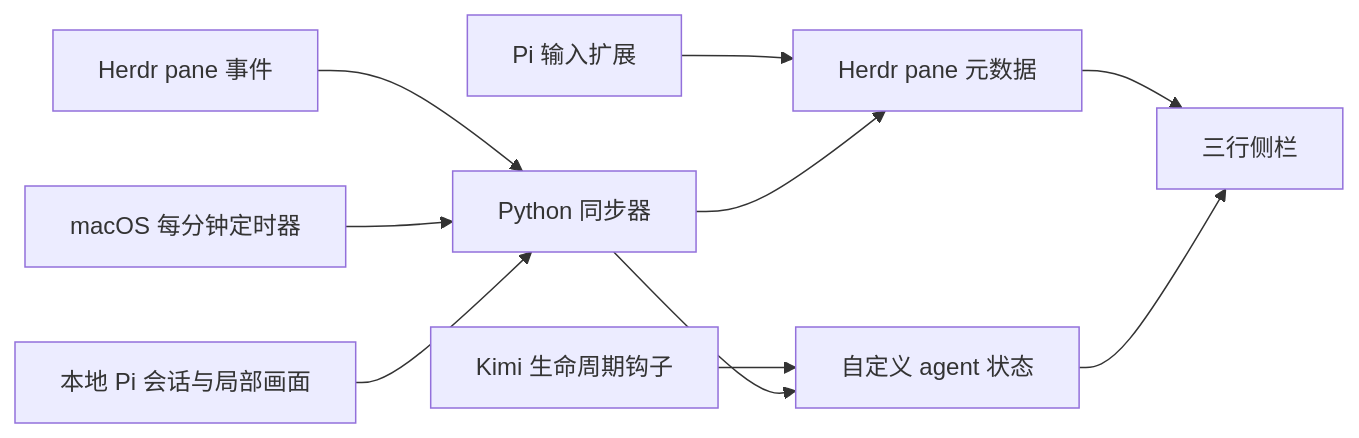
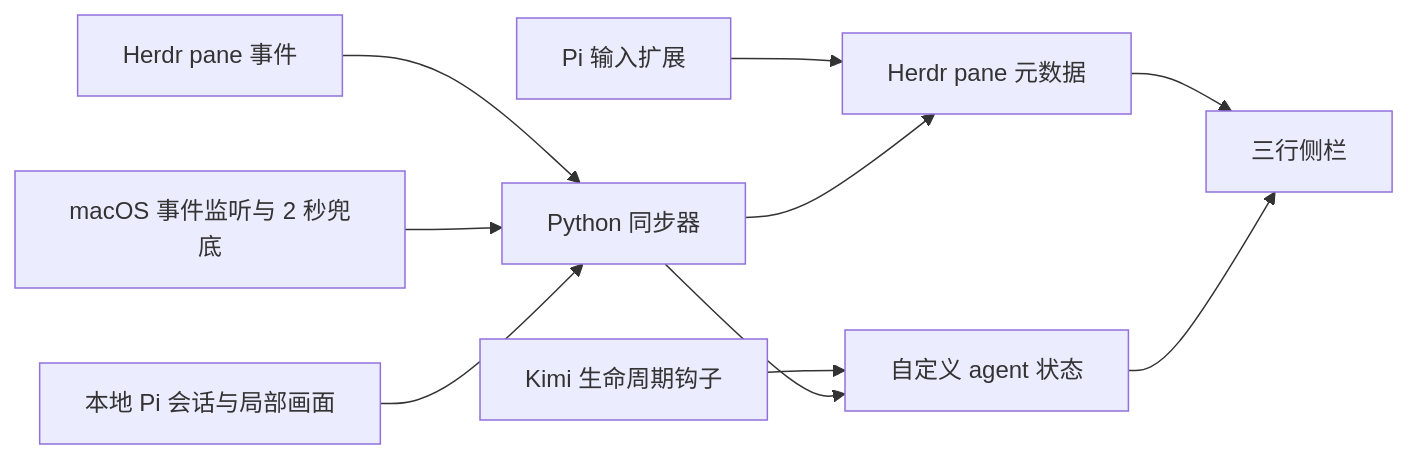
Before and after one commit to APhysickui/herdr-agent-sidebar: the diagram in docs/architecture.md, drawn with Mermaid. The commit also changed other lines of this file and 16 other files, not shown here.

````diff
--- a/docs/architecture.md
+++ b/docs/architecture.md
@@ -3,12 +3,12 @@
 ```mermaid
 flowchart LR
   E[Herdr pane 事件] --> S[Python 同步器]
-  T[macOS 每分钟定时器] --> S
+  T[macOS 事件监听与 2 秒兜底] --> S
   P[Pi 输入扩展] --> M[Herdr pane 元数据]
   L[本地 Pi 会话与局部画面] --> S
   S --> M
   K[Kimi 生命周期钩子] --> A[自定义 agent 状态]
   S --> A
   M --> U[三行侧栏]
   A --> U
 ```
````
